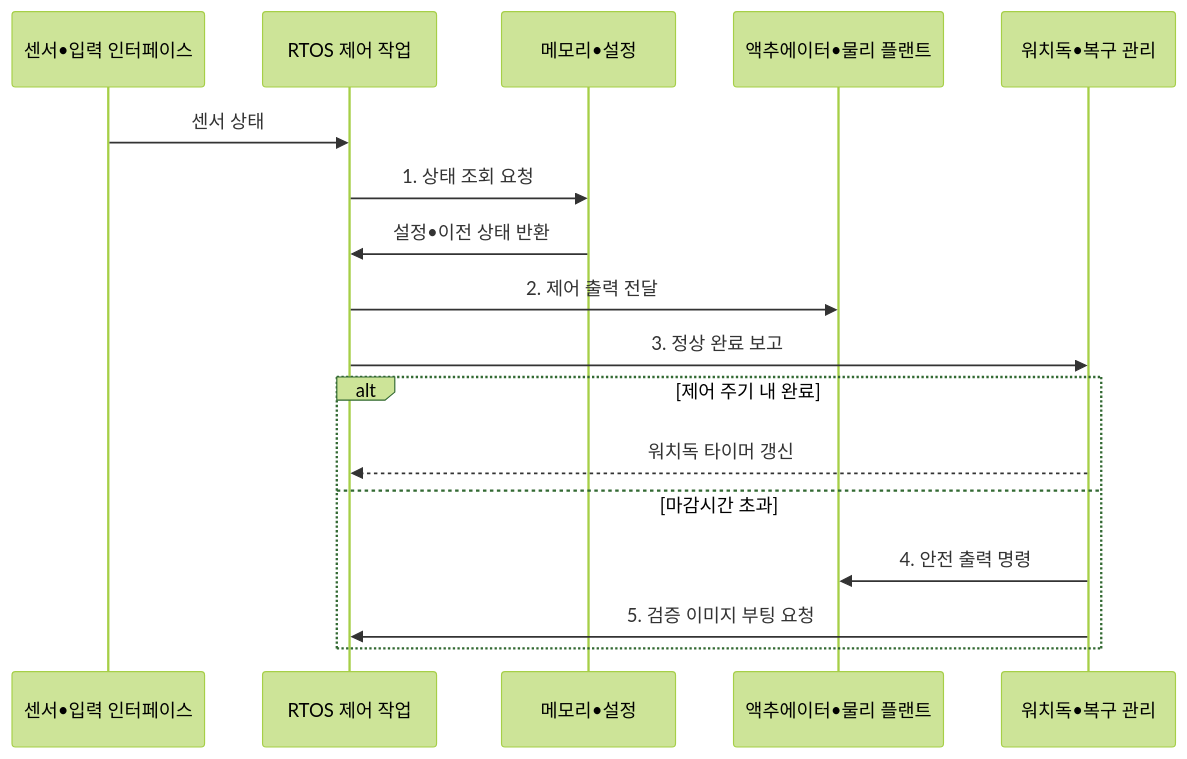
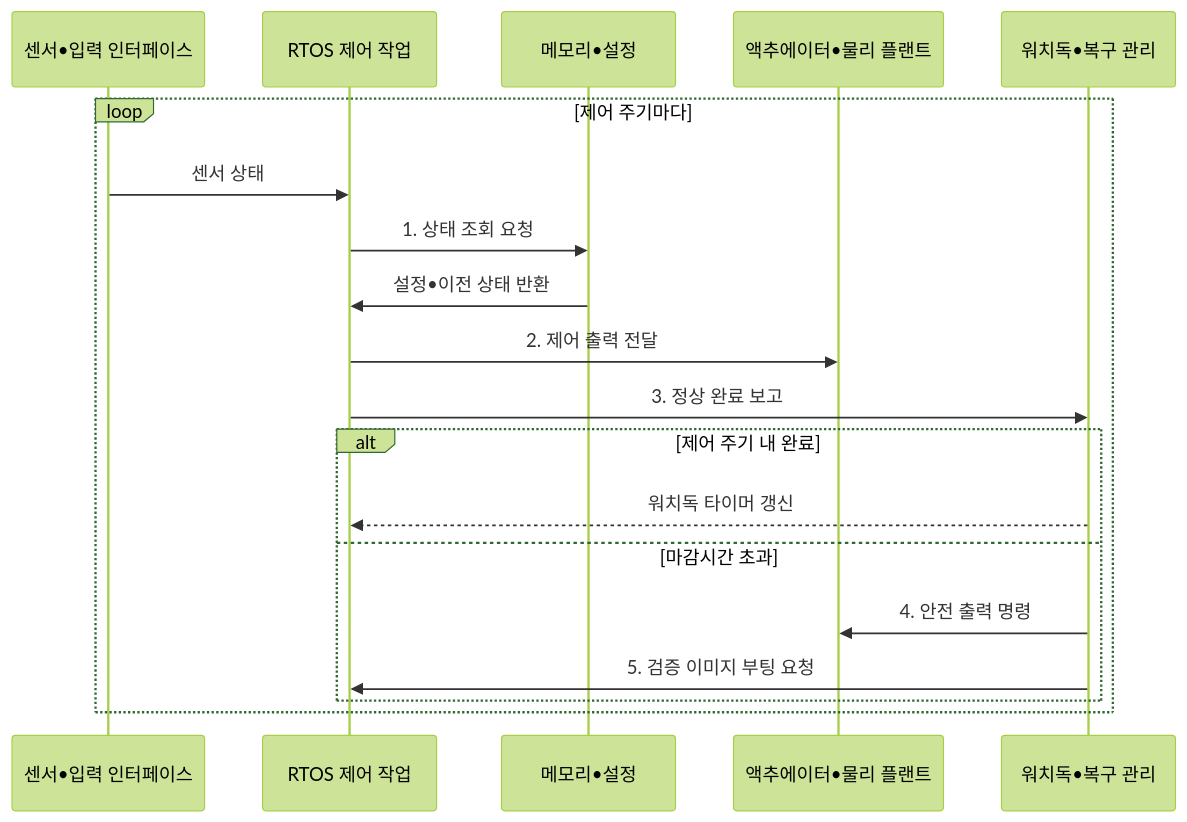
One commit to agnusdei1207/knowledge-base changed the second of 2 diagrams in src/content/docs/notes/02-hardware/060_embedded_system_architecture.md. Above: the diagram before and after it, drawn with Mermaid (forest theme). The commit also changed other lines of this file and 14 other files, not shown here.

````diff
--- a/src/content/docs/notes/02-hardware/060_embedded_system_architecture.md
+++ b/src/content/docs/notes/02-hardware/060_embedded_system_architecture.md
@@ -105,20 +105,22 @@
 ```mermaid
 sequenceDiagram
     participant S as 센서•입력 인터페이스
     participant C as RTOS 제어 작업
     participant M as 메모리•설정
     participant O as 액추에이터•물리 플랜트
     participant W as 워치독•복구 관리
 
-    S->>C: 센서 상태
-    C->>M: 1. 상태 조회 요청
-    M->>C: 설정•이전 상태 반환
-    C->>O: 2. 제어 출력 전달
-    C->>W: 3. 정상 완료 보고
-    alt 제어 주기 내 완료
-        W-->>C: 워치독 타이머 갱신
-    else 마감시간 초과
-        W->>O: 4. 안전 출력 명령
-        W->>C: 5. 검증 이미지 부팅 요청
+    loop 제어 주기마다
+        S->>C: 센서 상태
+        C->>M: 1. 상태 조회 요청
+        M->>C: 설정•이전 상태 반환
+        C->>O: 2. 제어 출력 전달
+        C->>W: 3. 정상 완료 보고
+        alt 제어 주기 내 완료
+            W-->>C: 워치독 타이머 갱신
+        else 마감시간 초과
+            W->>O: 4. 안전 출력 명령
+            W->>C: 5. 검증 이미지 부팅 요청
+        end
     end
 ```
````
